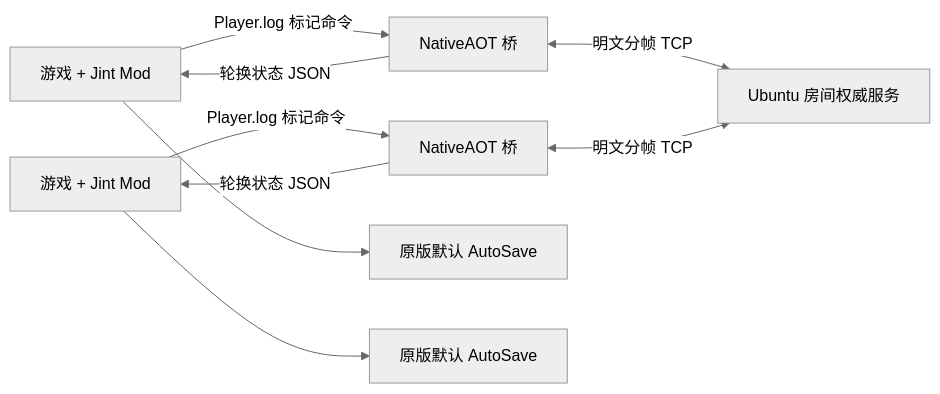
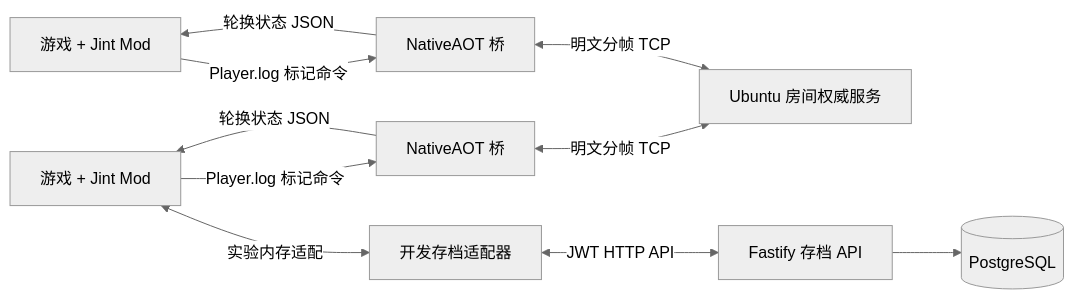
Before and after one commit to Sakura-QoQ/Multiplayer-Mod: the diagram in docs/ARCHITECTURE.md, drawn with Mermaid (neutral theme). The commit also changed other lines of this file and 9 other files, not shown here.

````diff
--- a/docs/ARCHITECTURE.md
+++ b/docs/ARCHITECTURE.md
@@ -7,11 +7,12 @@
 ```mermaid
 flowchart LR
     GameA[游戏 + Jint Mod] -->|Player.log 标记命令| BridgeA[NativeAOT 桥]
     BridgeA -->|轮换状态 JSON| GameA
     GameB[游戏 + Jint Mod] -->|Player.log 标记命令| BridgeB[NativeAOT 桥]
     BridgeB -->|轮换状态 JSON| GameB
     BridgeA <-->|明文分帧 TCP| Server[Ubuntu 房间权威服务]
     BridgeB <-->|明文分帧 TCP| Server
-    GameA --> SaveA[原版默认 AutoSave]
-    GameB --> SaveB[原版默认 AutoSave]
+    GameA <-->|实验内存适配| Adapter[开发存档适配器]
+    Adapter <-->|JWT HTTP API| Storage[Fastify 存档 API]
+    Storage --> DB[(PostgreSQL)]
 ```
````
